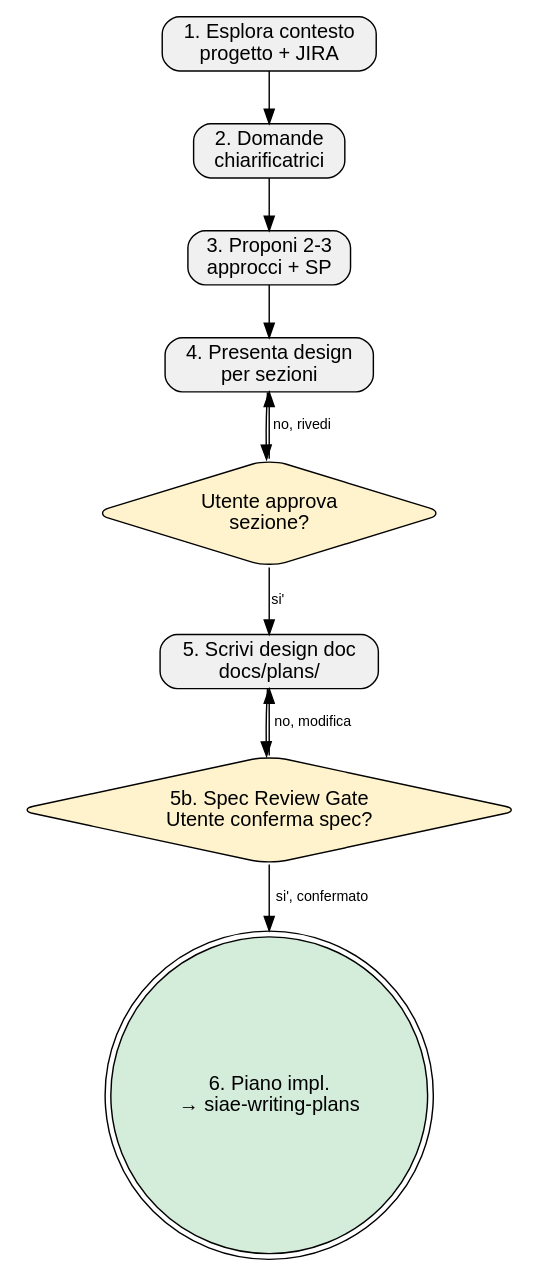
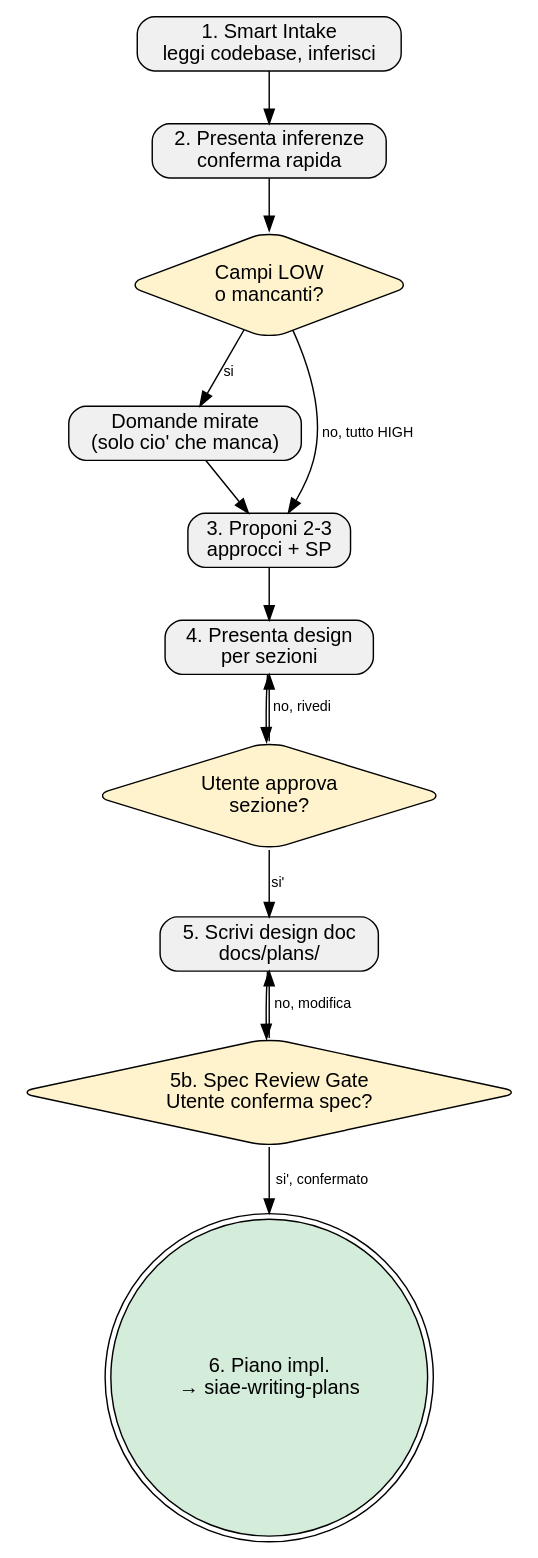
One commit to itsiae/siae-dev-forge changed the diagram in skills/siae-brainstorming/SKILL.md. Above: the diagram before and after it, drawn with Graphviz.

Commit message:
feat(brainstorming): update flowchart with Smart Intake pattern

````diff
--- a/skills/siae-brainstorming/SKILL.md
+++ b/skills/siae-brainstorming/SKILL.md
@@ -202,26 +202,31 @@
 ```dot
 digraph brainstorming {
     rankdir=TB;
     node [shape=box, style="rounded,filled", fillcolor="#f0f0f0", fontname="Helvetica"];
     edge [fontname="Helvetica", fontsize=10];
 
-    explore [label="1. Esplora contesto\nprogetto + JIRA"];
-    questions [label="2. Domande\nchiarificatrici"];
+    intake [label="1. Smart Intake\nleggi codebase, inferisci"];
+    confirm [label="2. Presenta inferenze\nconferma rapida"];
+    need_questions [label="Campi LOW\no mancanti?", shape=diamond, fillcolor="#fff3cd"];
+    ask [label="Domande mirate\n(solo cio' che manca)"];
     approaches [label="3. Proponi 2-3\napprocci + SP"];
     design [label="4. Presenta design\nper sezioni"];
     approve [label="Utente approva\nsezione?", shape=diamond, fillcolor="#fff3cd"];
     doc [label="5. Scrivi design doc\ndocs/plans/"];
     spec_gate [label="5b. Spec Review Gate\nUtente conferma spec?", shape=diamond, fillcolor="#fff3cd"];
     transition [label="6. Piano impl.\n→ siae-writing-plans", shape=doublecircle, fillcolor="#d4edda"];
 
-    explore -> questions;
-    questions -> approaches;
+    intake -> confirm;
+    confirm -> need_questions;
+    need_questions -> ask [label="si"];
+    need_questions -> approaches [label="no, tutto HIGH"];
+    ask -> approaches;
     approaches -> design;
     design -> approve;
     approve -> design [label="no, rivedi"];
     approve -> doc [label="si'"];
     doc -> spec_gate;
     spec_gate -> doc [label="no, modifica"];
     spec_gate -> transition [label="si', confermato"];
 }
 ```
````
